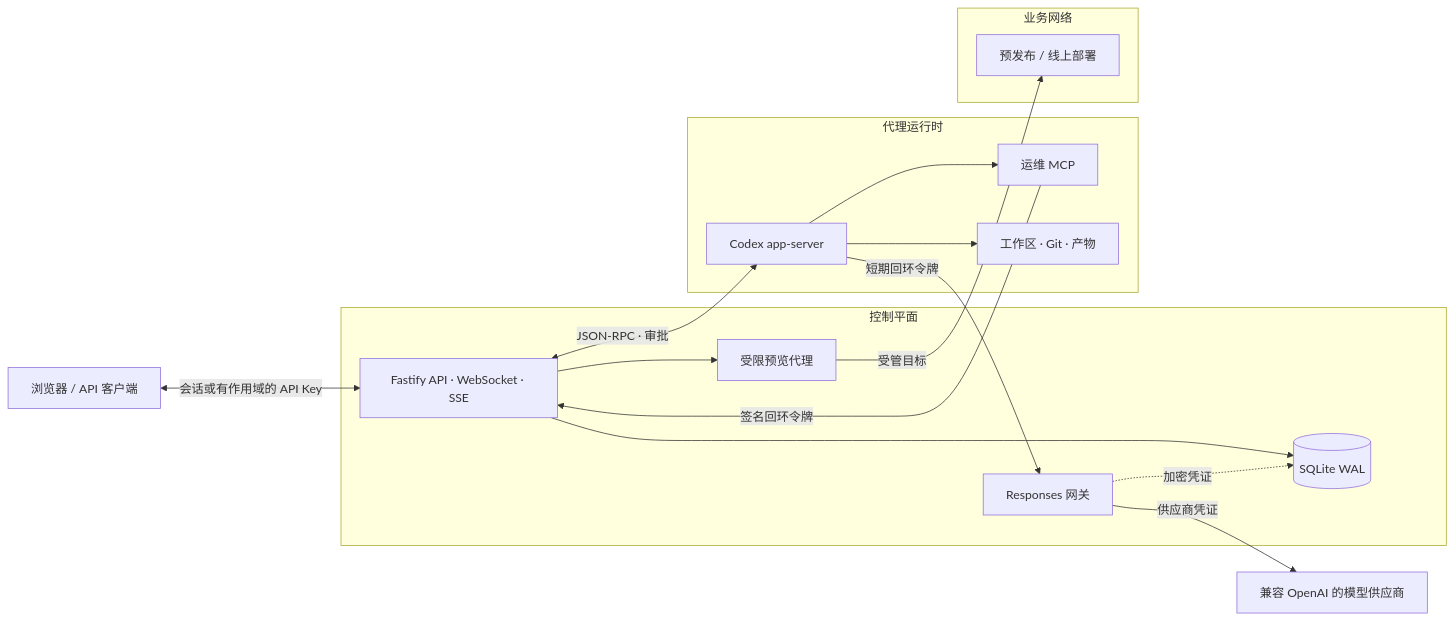
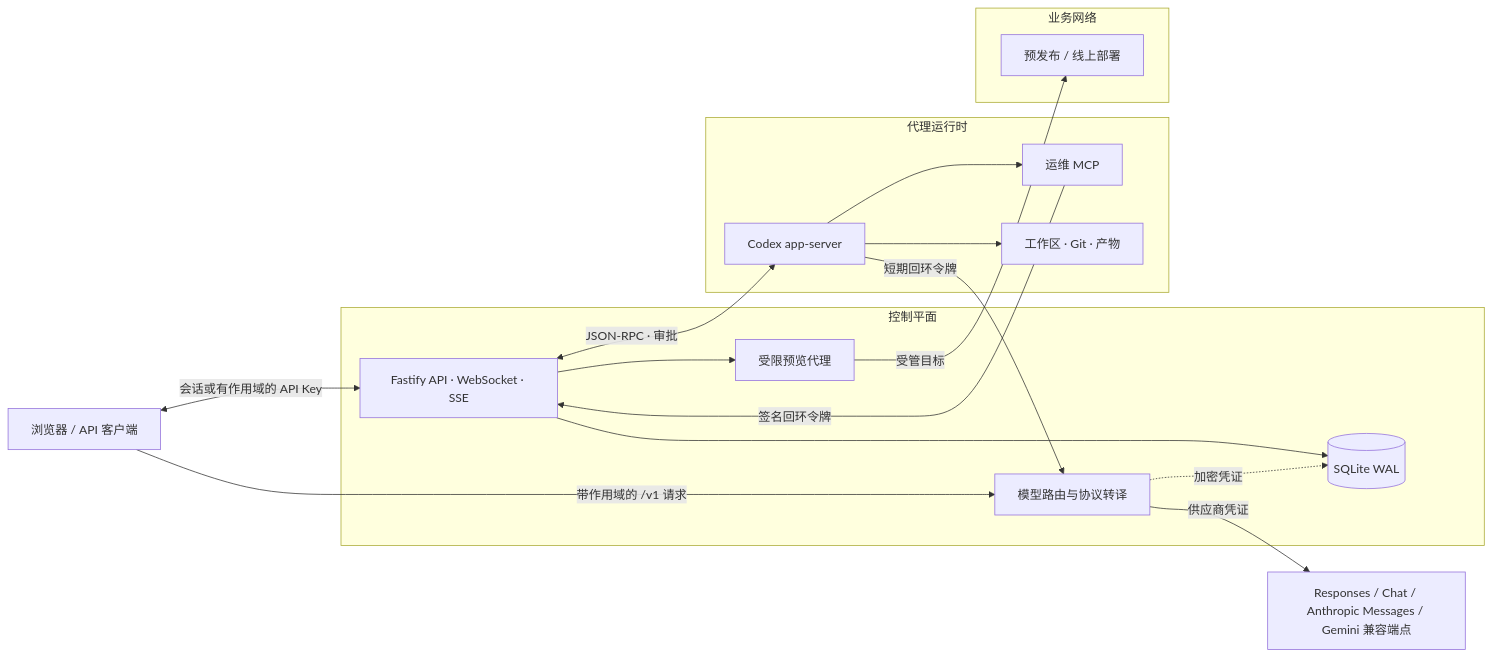
One commit to Waffing/codex-deck changed the diagram in README.md. Above: the diagram before and after it, drawn with Mermaid. The commit also changed other lines of this file and 117 other files, not shown here.

````diff
--- a/README.md
+++ b/README.md
@@ -171,34 +198,35 @@
 ```mermaid
 flowchart LR
     client["浏览器 / API 客户端"]
-    provider["兼容 OpenAI 的模型供应商"]
+    provider["Responses / Chat / Anthropic Messages / Gemini 兼容端点"]
 
     subgraph control["控制平面"]
       api["Fastify API · WebSocket · SSE"]
       db[("SQLite WAL")]
-      gateway["Responses 网关"]
+      gateway["模型路由与协议转译"]
       preview["受限预览代理"]
       api --> db
       api --> preview
       gateway -.->|"加密凭证"| db
     end
 
     subgraph runtime["代理运行时"]
       codex["Codex app-server"]
       mcp["运维 MCP"]
       work["工作区 · Git · 产物"]
       codex --> work
       codex --> mcp
     end
 
     subgraph deployment["业务网络"]
       service["预发布 / 线上部署"]
     end
 
     client <-->|"会话或有作用域的 API Key"| api
+    client -->|"带作用域的 /v1 请求"| gateway
     api <-->|"JSON-RPC · 审批"| codex
     codex -->|"短期回环令牌"| gateway
     gateway -->|"供应商凭证"| provider
     mcp -->|"签名回环令牌"| api
     preview -->|"受管目标"| service
 ```
````
